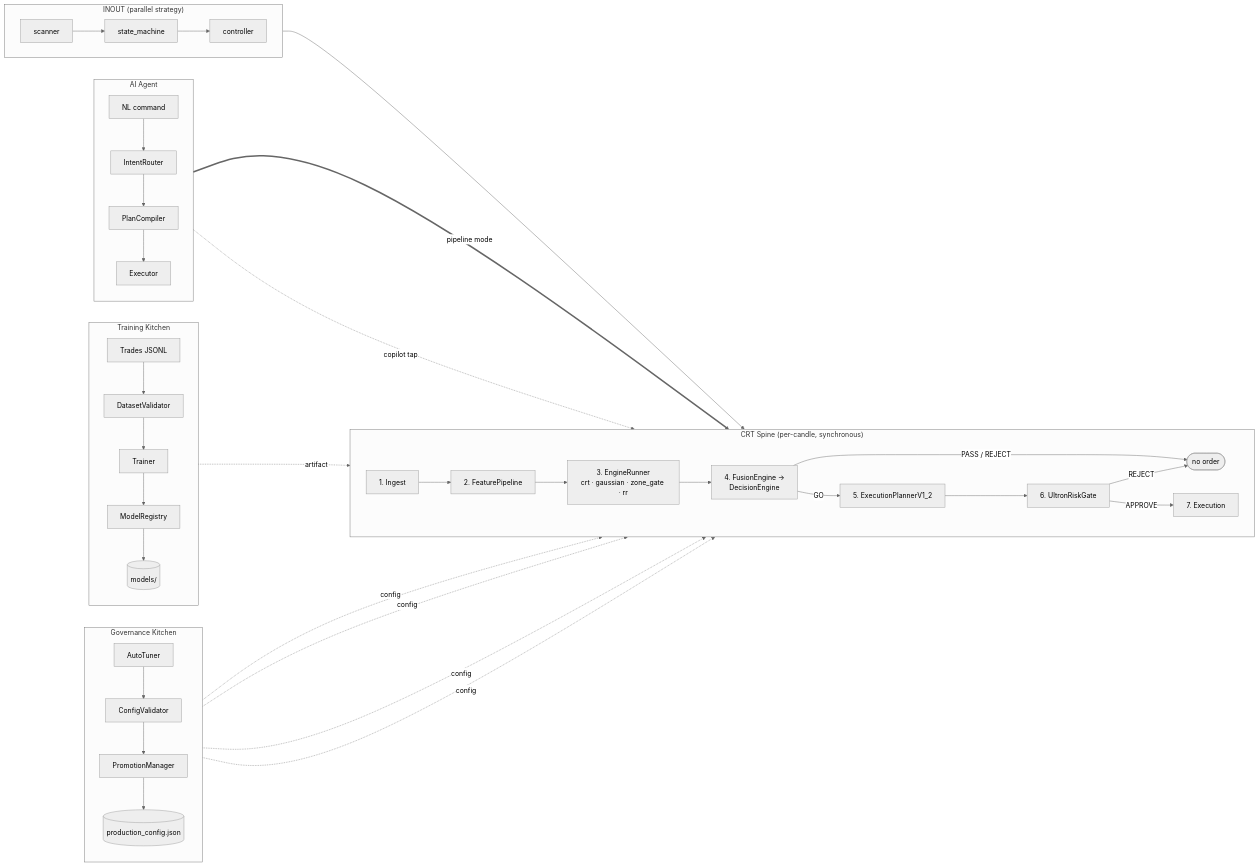
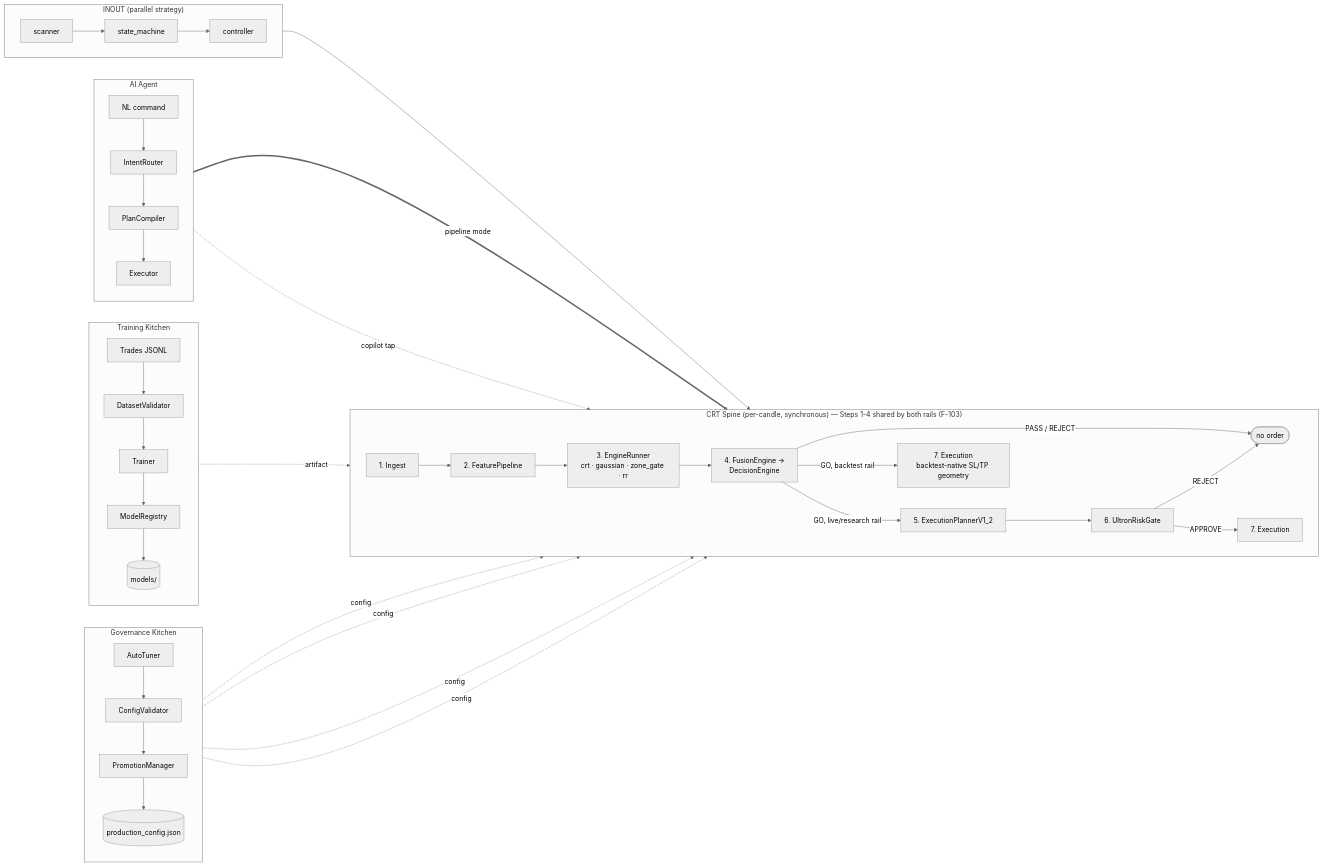
The diagram in docs/architecture/signal-flow.md (Chaithu1995-0312/TradeHlt), drawn with Mermaid (neutral theme) before and after one commit. The commit also changed other lines of this file and 486 other files, not shown here.

````diff
--- a/docs/architecture/signal-flow.md
+++ b/docs/architecture/signal-flow.md
@@ -231,51 +257,52 @@
 ```mermaid
 flowchart LR
-    subgraph SPINE["CRT Spine (per-candle, synchronous)"]
+    subgraph SPINE["CRT Spine (per-candle, synchronous) — Steps 1-4 shared by both rails (F-103)"]
         direction LR
         S1[1. Ingest] --> S2[2. FeaturePipeline]
         S2 --> S3[3. EngineRunner<br/>crt · gaussian · zone_gate · rr]
         S3 --> S4[4. FusionEngine →<br/>DecisionEngine]
-        S4 -->|GO| S5[5. ExecutionPlannerV1_2]
+        S4 -->|GO, live/research rail| S5[5. ExecutionPlannerV1_2]
+        S4 -->|GO, backtest rail| S7B[7. Execution<br/>backtest-native SL/TP geometry]
         S4 -->|PASS / REJECT| STOP([no order])
         S5 --> S6[6. UltronRiskGate]
         S6 -->|APPROVE| S7[7. Execution]
         S6 -->|REJECT| STOP
     end
 
     subgraph GOV["Governance Kitchen"]
         direction TB
         G1[AutoTuner] --> G2[ConfigValidator]
         G2 --> G3[PromotionManager]
         G3 --> G4[(production_config.json)]
     end
 
     subgraph TRAIN["Training Kitchen"]
         direction TB
         T1[Trades JSONL] --> T2[DatasetValidator]
         T2 --> T3[Trainer]
         T3 --> T4[ModelRegistry]
         T4 --> T5[(models/)]
     end
 
     subgraph AGT["AI Agent"]
         direction TB
         A1[NL command] --> A2[IntentRouter]
         A2 --> A3[PlanCompiler]
         A3 --> A4[Executor]
     end
 
     subgraph IO["INOUT (parallel strategy)"]
         direction LR
         I1[scanner] --> I2[state_machine]
         I2 --> I3[controller]
     end
 
     G4 -.config.-> S3
     G4 -.config.-> S4
     G4 -.config.-> S5
     G4 -.config.-> S6
     T5 -.artifact.-> S3
     A4 ==pipeline mode==> S1
     A4 -.copilot tap.-> S4
     I3 --> S6
 ```
````
